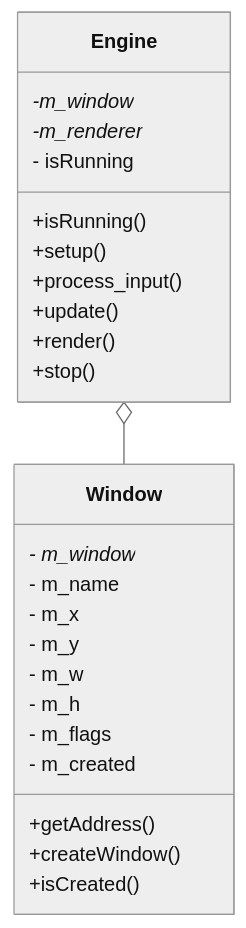
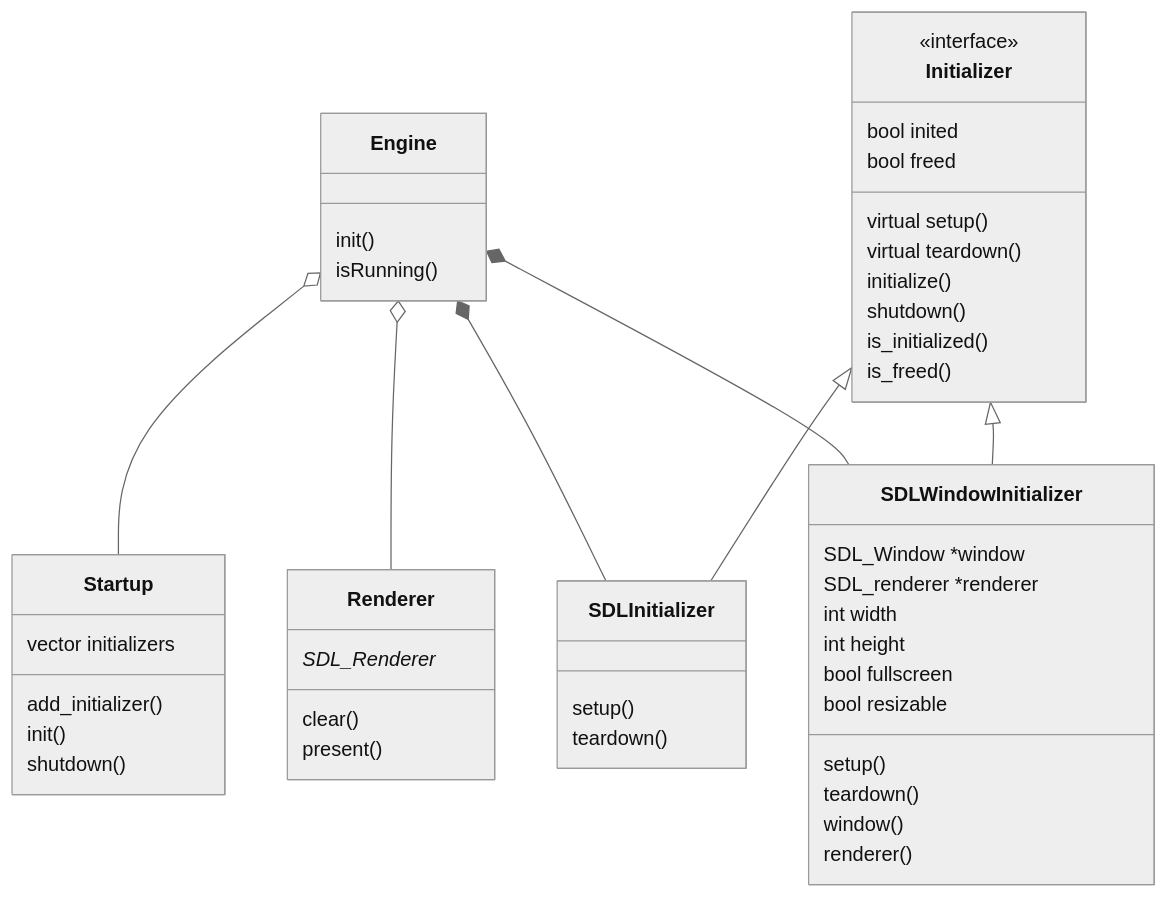
One commit to pbielinux/3DGraphicsEngine changed the diagram in README.md. Above: the diagram before and after it, drawn with Mermaid (neutral theme). The commit also changed 14 other files, not shown here.

Commit message:
Refactor of the engine structure; Now with Initializers; Window class dismissed

````diff
--- a/README.md
+++ b/README.md
@@ -1,27 +1,54 @@
 ```mermaid
 classDiagram
-    Engine o-- Window
+    class Engine
+    class Initializer
+    <<interface>> Initializer
+    class Renderer
+    class Startup
+
+    Engine o-- Startup
+    Engine o-- Renderer
+    Engine *-- SDLInitializer
+    Engine *-- SDLWindowInitializer
+
+    Initializer <|-- SDLInitializer
+    Initializer <|-- SDLWindowInitializer
     
-    Engine : +isRunning()
-    Engine : +setup()
-    Engine : +process_input()
-    Engine : +update()
-    Engine : +render()
-    Engine : +stop()
-    Engine : -m_window*
-    Engine : -m_renderer*
-    Engine : - isRunning
     
-    Window : +getAddress()
-    Window : +createWindow()
-    Window : +isCreated()
-    Window : - m_window*
-    Window : - m_name
-    Window : - m_x
-    Window : - m_y
-    Window : - m_w
-    Window : - m_h
-    Window : - m_flags
-    Window : - m_created
+    Engine : init()
+    Engine : isRunning()
+    
+    Renderer : clear()
+    Renderer : present()
+    Renderer : SDL_Renderer *
+    
+    
+    Initializer : virtual setup()
+    Initializer : virtual teardown()
+    Initializer : initialize()
+    Initializer : shutdown()
+    Initializer : is_initialized()
+    Initializer : is_freed()
+    Initializer : bool inited
+    Initializer : bool freed
+    
+    Startup : add_initializer()
+    Startup : init()
+    Startup : shutdown()
+    Startup : vector<Initializer> initializers
+    
+    SDLInitializer : setup()
+    SDLInitializer : teardown()
+    
+    SDLWindowInitializer : setup()
+    SDLWindowInitializer : teardown()
+    SDLWindowInitializer : window()
+    SDLWindowInitializer : renderer()
+    SDLWindowInitializer : SDL_Window *window
+    SDLWindowInitializer : SDL_renderer *renderer
+    SDLWindowInitializer : int width
+    SDLWindowInitializer : int height
+    SDLWindowInitializer : bool fullscreen
+    SDLWindowInitializer : bool resizable
     
 ```
````
